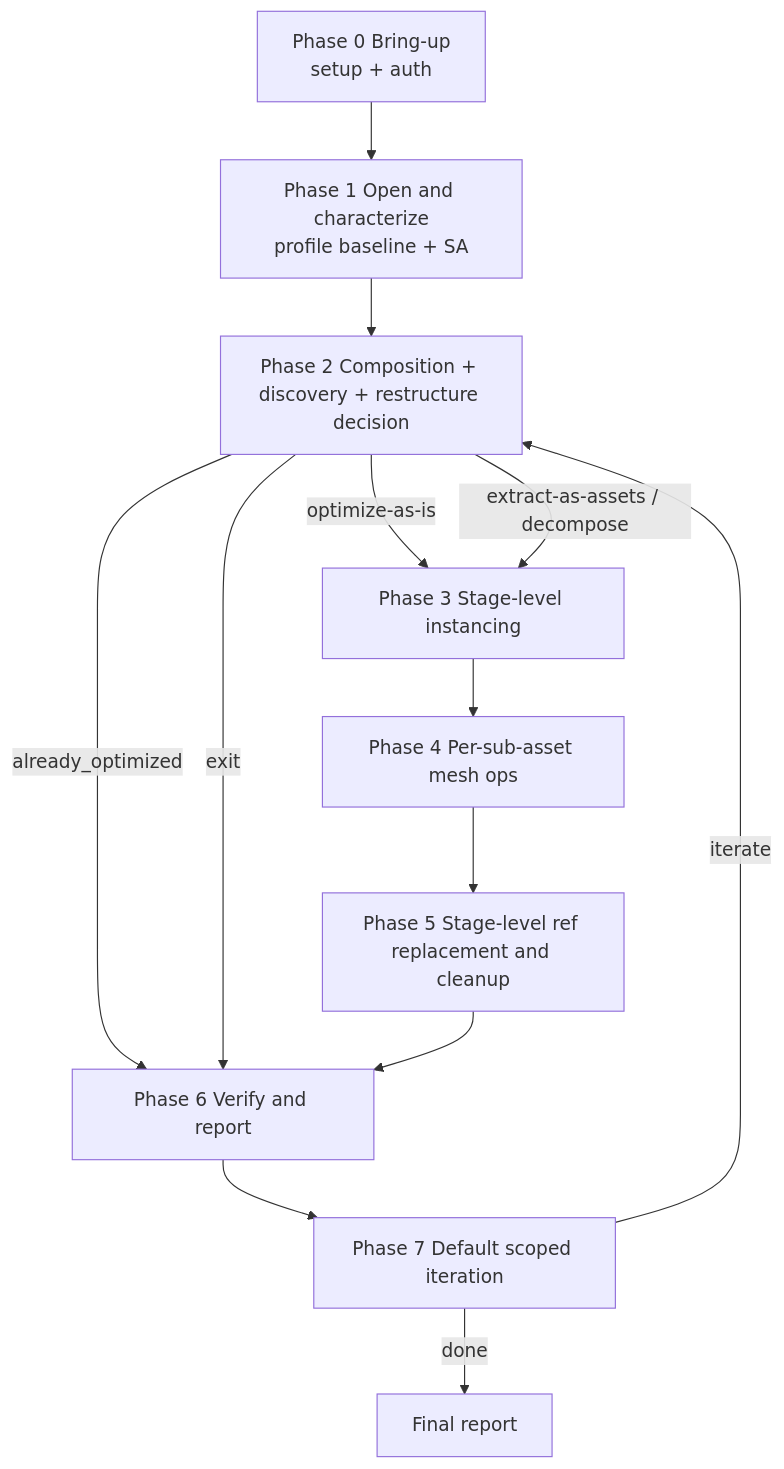
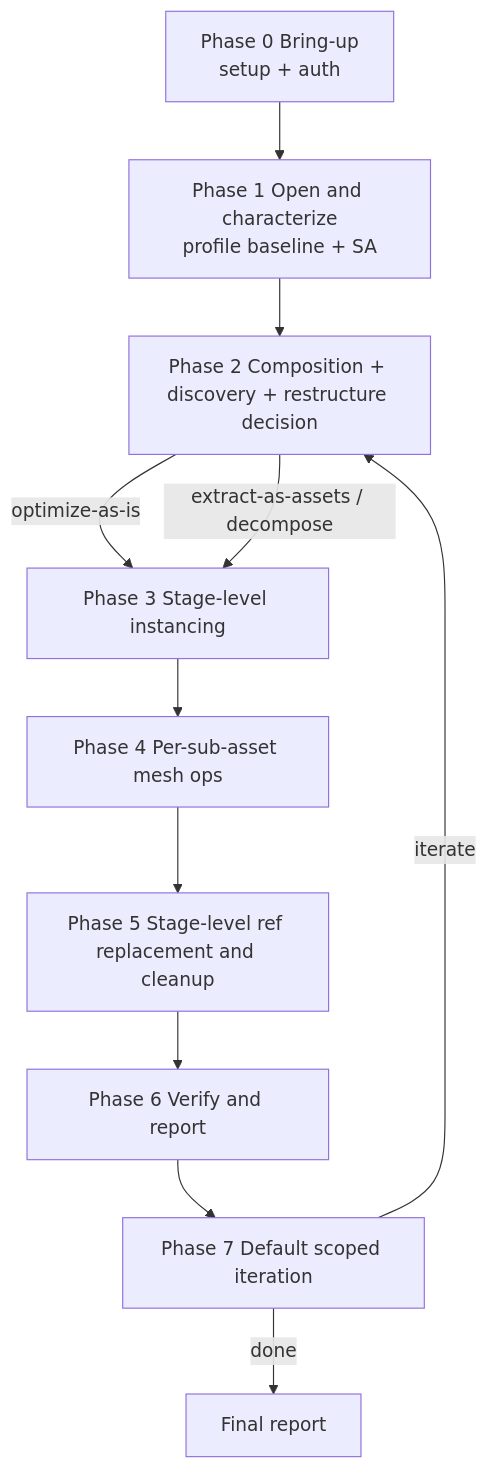
The diagram in plugins/nvidia-skills/skills/omniverse-usd-performance-tuning/references/workflow.md (NVIDIA/skills), drawn with Mermaid before and after one commit. The commit also changed other lines of this file and 319 other files, not shown here.

````diff
--- a/plugins/nvidia-skills/skills/omniverse-usd-performance-tuning/references/workflow.md
+++ b/plugins/nvidia-skills/skills/omniverse-usd-performance-tuning/references/workflow.md
@@ -44,20 +46,18 @@
 ```mermaid
 flowchart TD
   P0["Phase 0 Bring-up<br/>setup + auth"]
   P1["Phase 1 Open and characterize<br/>profile baseline + SA"]
   P2["Phase 2 Composition + discovery + restructure decision"]
   P3["Phase 3 Stage-level instancing"]
   P4["Phase 4 Per-sub-asset mesh ops"]
   P5["Phase 5 Stage-level ref replacement and cleanup"]
   P6["Phase 6 Verify and report"]
   P7["Phase 7 Default scoped iteration"]
   P0 --> P1 --> P2
-  P2 -->|"already_optimized"| P6
-  P2 -->|"exit"| P6
   P2 -->|"optimize-as-is"| P3
   P2 -->|"extract-as-assets / decompose"| P3
   P3 --> P4 --> P5 --> P6
   P6 --> P7
   P7 -->|"iterate"| P2
   P7 -->|"done"| End["Final report"]
 ```
````
